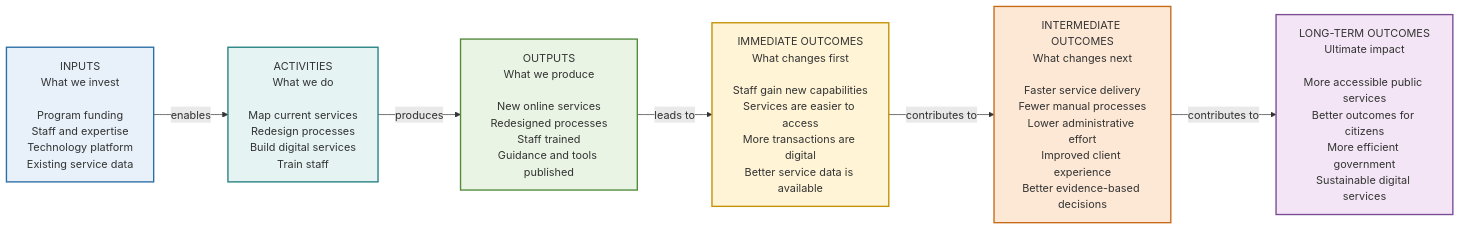
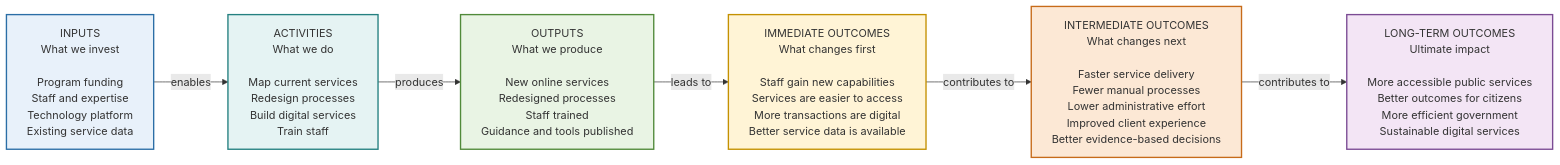
One commit to bcgov/strategic-planning-workbench changed the first of 3 diagrams in plugins/strategic-planning/.apm/skills/designing-logic-models/references/worked-examples.md. Above: the diagram before and after it, drawn with Mermaid. The commit also changed other lines of this file and 3 other files, not shown here.

Commit message:
fix(mermaid): expand node box widths using wrappingWidth and minNodeWidth directives

````diff
--- a/plugins/strategic-planning/.apm/skills/designing-logic-models/references/worked-examples.md
+++ b/plugins/strategic-planning/.apm/skills/designing-logic-models/references/worked-examples.md
@@ -24,28 +24,29 @@
 ```mermaid
+%%{init: {"flowchart": {"wrappingWidth": 260, "minNodeWidth": 220}} }%%
 flowchart LR
 
 I["INPUTS<br/>What we invest<br/><br/>Program funding<br/>Staff and expertise<br/>Technology platform<br/>Existing service data"]
 
 A["ACTIVITIES<br/>What we do<br/><br/>Map current services<br/>Redesign processes<br/>Build digital services<br/>Train staff"]
 
 O["OUTPUTS<br/>What we produce<br/><br/>New online services<br/>Redesigned processes<br/>Staff trained<br/>Guidance and tools published"]
 
 IO["IMMEDIATE OUTCOMES<br/>What changes first<br/><br/>Staff gain new capabilities<br/>Services are easier to access<br/>More transactions are digital<br/>Better service data is available"]
 
 MO["INTERMEDIATE OUTCOMES<br/>What changes next<br/><br/>Faster service delivery<br/>Fewer manual processes<br/>Lower administrative effort<br/>Improved client experience<br/>Better evidence-based decisions"]
 
 LO["LONG-TERM OUTCOMES<br/>Ultimate impact<br/><br/>More accessible public services<br/>Better outcomes for citizens<br/>More efficient government<br/>Sustainable digital services"]
 
 I -->|"enables"| A
 A -->|"produces"| O
 O -->|"leads to"| IO
 IO -->|"contributes to"| MO
 MO -->|"contributes to"| LO
 
 style I fill:#E8F1FA,stroke:#2B6EA6,stroke-width:2px
 style A fill:#E5F3F3,stroke:#258080,stroke-width:2px
 style O fill:#E9F4E4,stroke:#518A3A,stroke-width:2px
 style IO fill:#FFF4D6,stroke:#C49102,stroke-width:2px
 style MO fill:#FCE8D5,stroke:#C76B19,stroke-width:2px
 style LO fill:#F3E5F5,stroke:#7B4B94,stroke-width:2px
 ```
````
